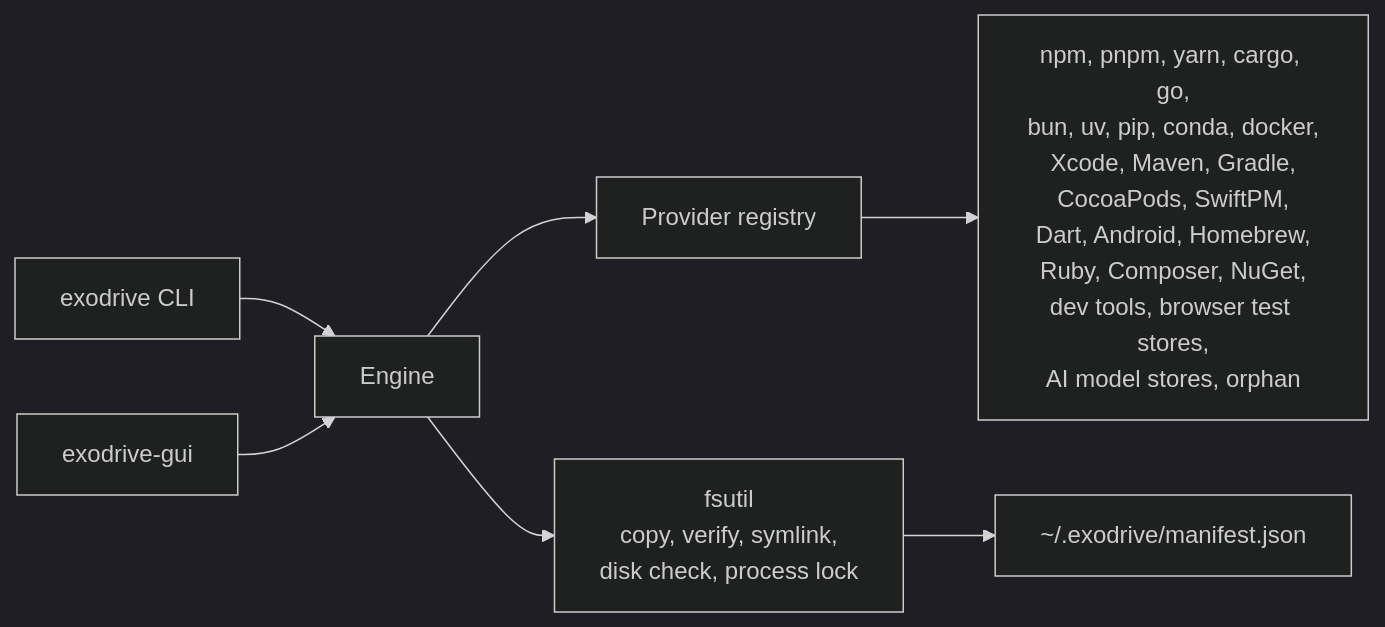
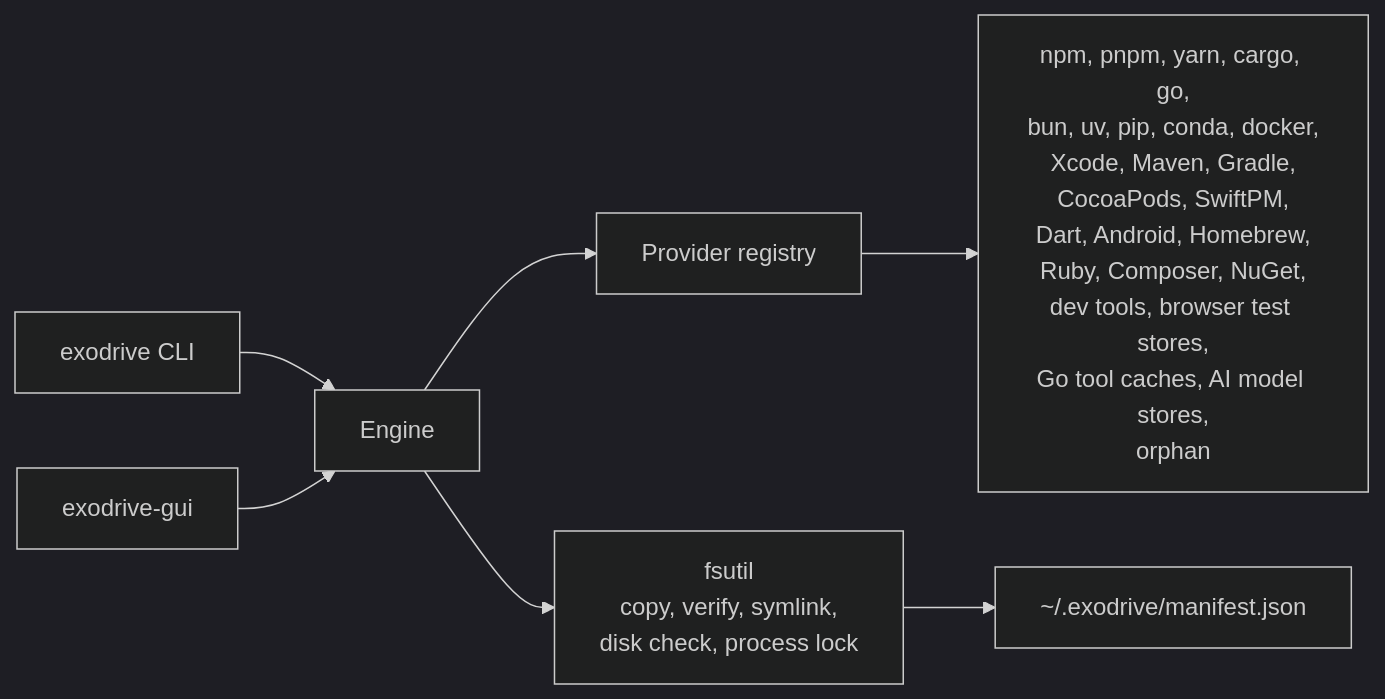
Before and after one commit to Jungley8/exodrive: the diagram in README.md, drawn with Mermaid (dark theme). The commit also changed other lines of this file and 11 other files, not shown here.

````diff
--- a/README.md
+++ b/README.md
@@ -43,9 +43,9 @@
 ```mermaid
 flowchart LR
     CLI["exodrive CLI"] --> Engine
     GUI["exodrive-gui"] --> Engine
     Engine --> Registry["Provider registry"]
-    Registry --> P["npm, pnpm, yarn, cargo, go,<br/>bun, uv, pip, conda, docker,<br/>Xcode, Maven, Gradle,<br/>CocoaPods, SwiftPM,<br/>Dart, Android, Homebrew,<br/>Ruby, Composer, NuGet,<br/>dev tools, browser test stores,<br/>AI model stores, orphan"]
+    Registry --> P["npm, pnpm, yarn, cargo, go,<br/>bun, uv, pip, conda, docker,<br/>Xcode, Maven, Gradle,<br/>CocoaPods, SwiftPM,<br/>Dart, Android, Homebrew,<br/>Ruby, Composer, NuGet,<br/>dev tools, browser test stores,<br/>Go tool caches, AI model stores,<br/>orphan"]
     Engine --> FS["fsutil<br/>copy, verify, symlink,<br/>disk check, process lock"]
     FS --> Ledger["~/.exodrive/manifest.json"]
 ```
````
